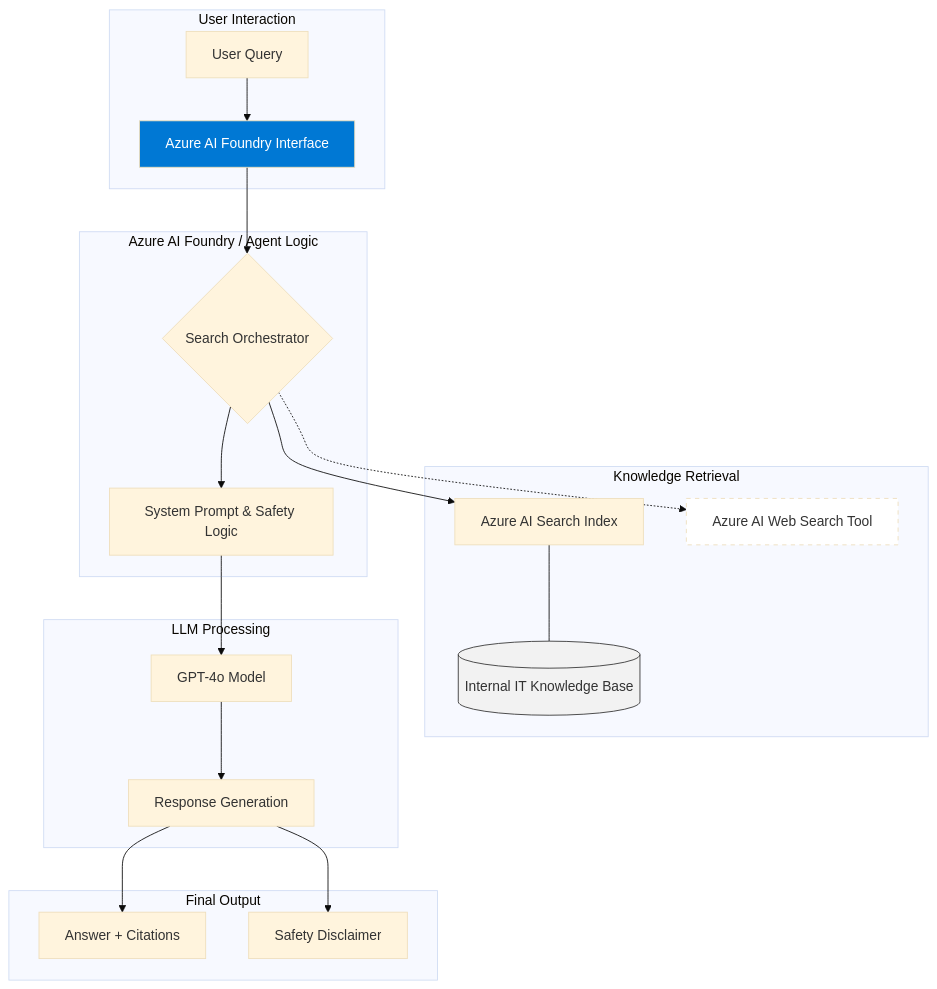
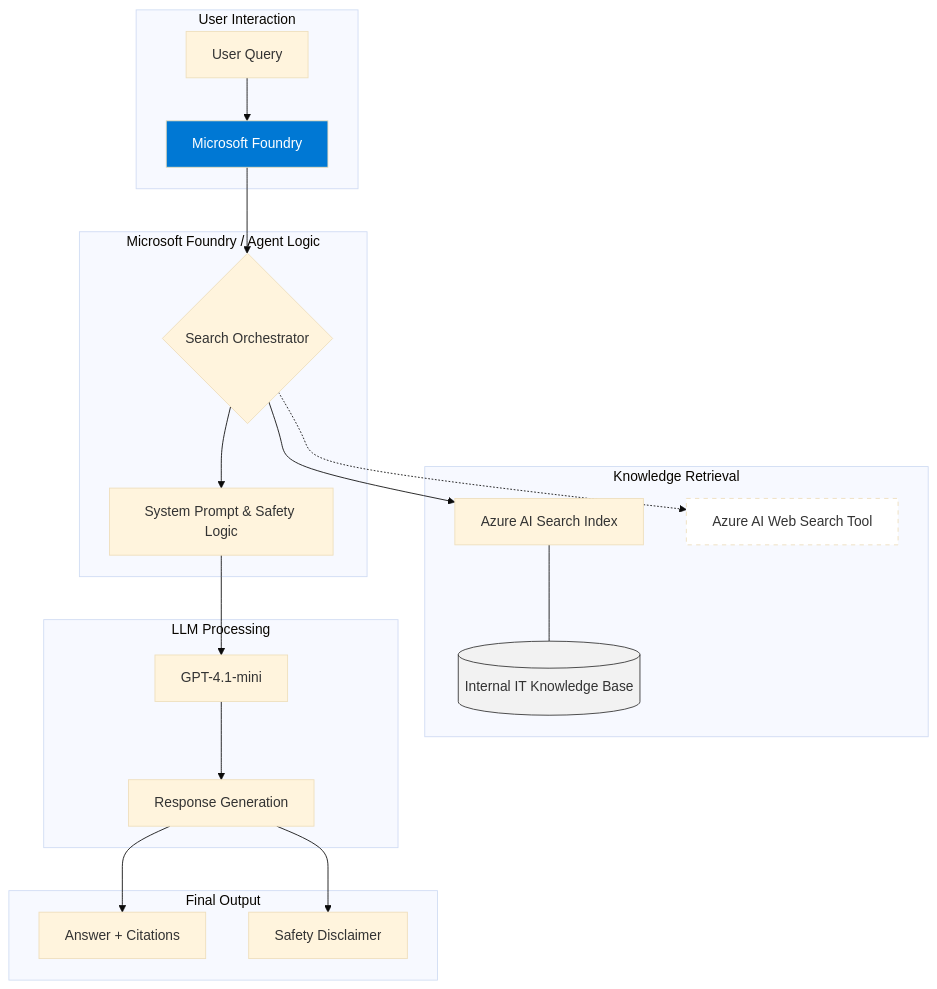
One commit to augforce/Successor-Agent changed the diagram in ARCHITECTURE.md. Above: the diagram before and after it, drawn with Mermaid (base theme).

````diff
--- a/ARCHITECTURE.md
+++ b/ARCHITECTURE.md
@@ -1,32 +1,32 @@
 ```mermaid
 graph TD
     subgraph User_Layer [User Interaction]
-        A[User Query] --> B[Azure AI Foundry Interface]
+        A[User Query] --> B[Microsoft Foundry]
     end
 
-    subgraph Orchestration_Layer [Azure AI Foundry / Agent Logic]
+    subgraph Orchestration_Layer [Microsoft Foundry / Agent Logic]
         B --> C{Search Orchestrator}
         C --> D[System Prompt & Safety Logic]
     end
 
     subgraph Data_Layer [Knowledge Retrieval]
         C --> E[Azure AI Search Index]
         E --- F[(Internal IT Knowledge Base)]
         C -.-> G[Azure AI Web Search Tool]
     end
 
     subgraph Reasoning_Layer [LLM Processing]
-        D --> H[GPT-4o Model]
+        D --> H[GPT-4.1-mini]
         H --> I[Response Generation]
     end
 
     subgraph Output_Layer [Final Output]
         I --> J[Answer + Citations]
         I --> K[Safety Disclaimer]
     end
 
     %% Security Styling
     style B fill:#0078d4,color:#fff
     style F fill:#f2f2f2,stroke:#333
     style G fill:#fff,stroke-dasharray: 5 5
 ```
````
